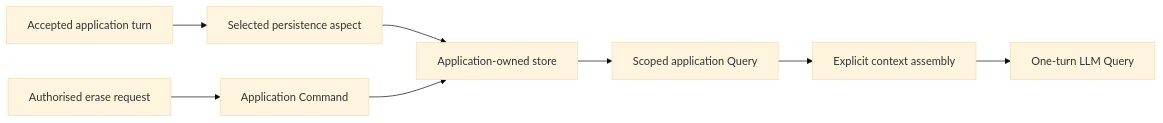
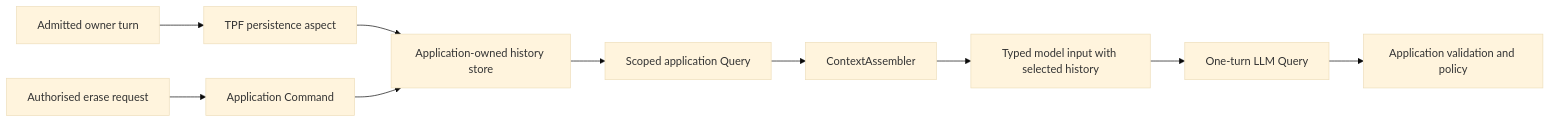
Before and after one commit to The-Pipeline-Framework/pipelineframework: the diagram in docs/develop/connectors/conversation-context.md, drawn with Mermaid (base theme). The commit also changed other lines of this file and 3 other files, not shown here.

Commit message:
Explain conversation context authoring and model behaviour

````diff
--- a/docs/develop/connectors/conversation-context.md
+++ b/docs/develop/connectors/conversation-context.md
@@ -5,10 +7,12 @@
 ```mermaid
 flowchart LR
-    A[Accepted application turn] --> P[Selected persistence aspect]
-    P --> S[Application-owned store]
+    A[Admitted owner turn] --> P[TPF persistence aspect]
+    P --> S[Application-owned history store]
     S --> Q[Scoped application Query]
-    Q --> C[Explicit context assembly]
-    C --> L[One-turn LLM Query]
+    Q --> C[ContextAssembler]
+    C --> I[Typed model input with selected history]
+    I --> L[One-turn LLM Query]
+    L --> V[Application validation and policy]
     E[Authorised erase request] --> X[Application Command]
     X --> S
 ```
````
